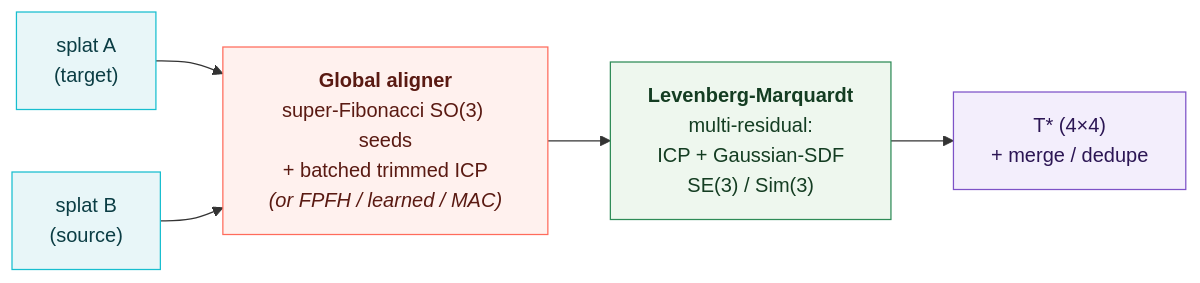
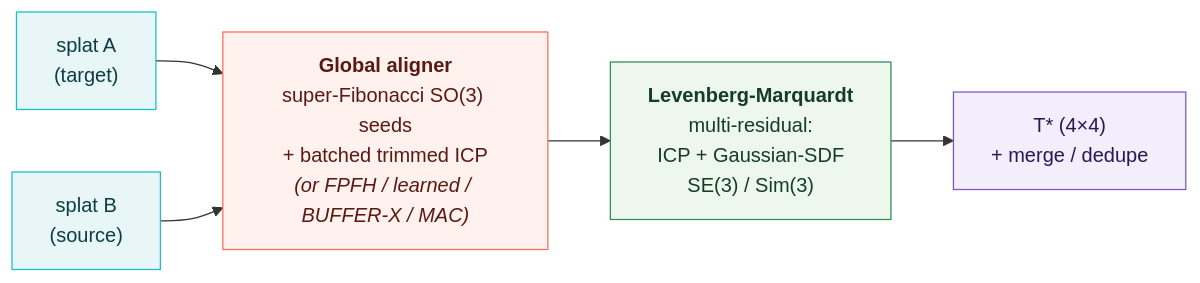
One commit to Archerkattri/splatreg changed the diagram in docs_site/index.md. Above: the diagram before and after it, drawn with Mermaid. The commit also changed other lines of this file and 9 other files, not shown here.

First line of the commit message:
docs: BUFFER-X official 3DMatch numbers, recall figure, and docs-site landing revamp

````diff
--- a/docs_site/index.md
+++ b/docs_site/index.md
@@ -53,11 +112,11 @@
 ```mermaid
 flowchart LR
     A["splat A<br/>(target)"]:::s --> G
     B["splat B<br/>(source)"]:::s --> G
-    G["<b>Global aligner</b><br/>super-Fibonacci SO(3) seeds<br/>+ batched trimmed ICP<br/><i>(or FPFH / learned / MAC)</i>"]:::g --> L
+    G["<b>Global aligner</b><br/>super-Fibonacci SO(3) seeds<br/>+ batched trimmed ICP<br/><i>(or FPFH / learned / BUFFER-X / MAC)</i>"]:::g --> L
     L["<b>Levenberg-Marquardt</b><br/>multi-residual:<br/>ICP + Gaussian-SDF<br/>SE(3) / Sim(3)"]:::l --> T["T*  (4×4)<br/>+ merge / dedupe"]:::o
     classDef s fill:#e8f6f8,stroke:#17becf,color:#0b3d44;
     classDef g fill:#fff1ee,stroke:#ff6b5b,color:#5a1a12;
     classDef l fill:#eef7ee,stroke:#2e8b57,color:#143d22;
     classDef o fill:#f3eefc,stroke:#7d52c7,color:#2c1654;
 ```
````
